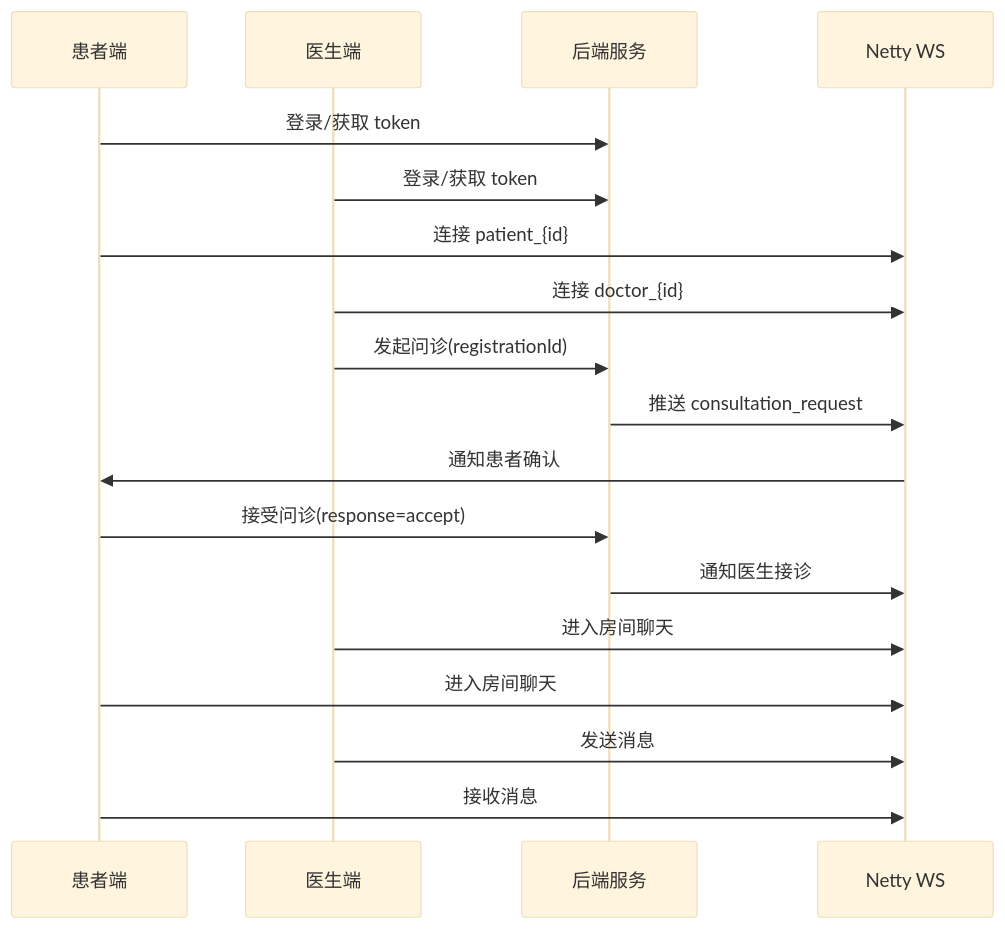
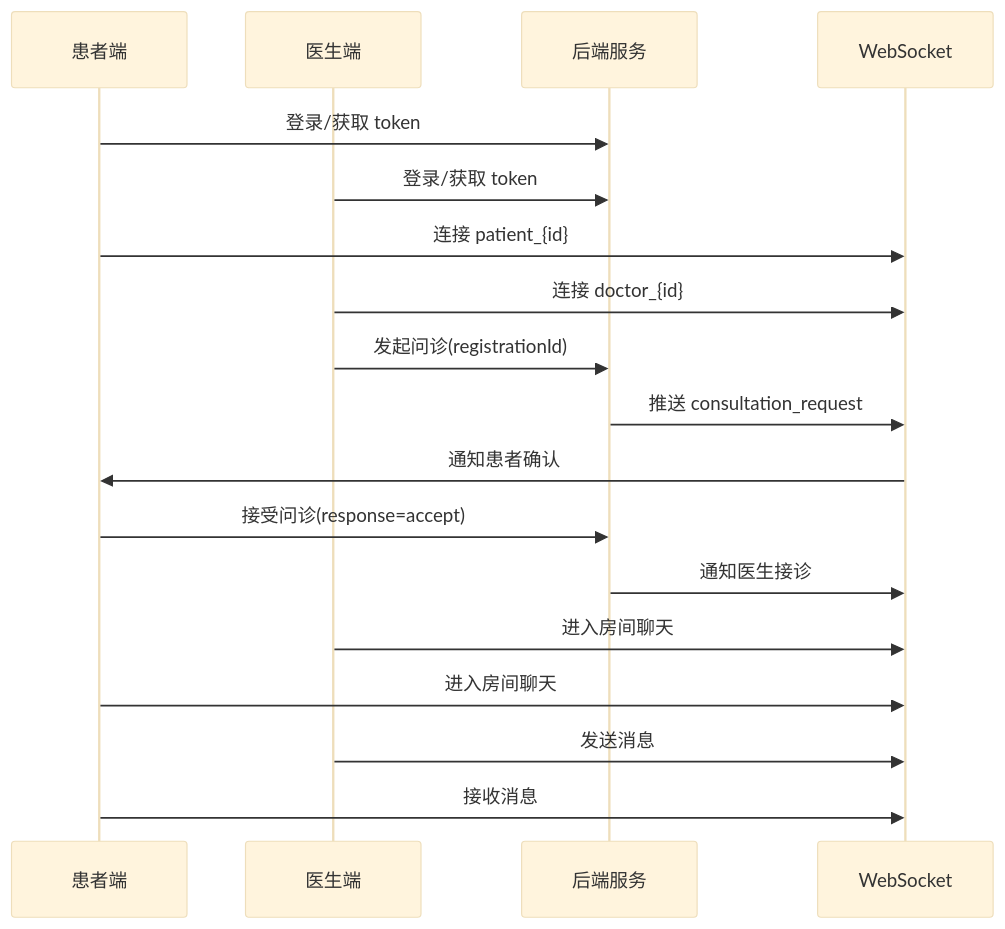
The fourth of 4 diagrams in phase-1.md (renyanhui6/online-diagnosis-and-treatment-system), drawn with Mermaid (base theme) before and after one commit. The commit also changed other lines of this file and 96 other files, not shown here.

````diff
--- a/phase-1.md
+++ b/phase-1.md
@@ -124,21 +124,21 @@
 ```mermaid
 sequenceDiagram
   participant U as 患者端
   participant D as 医生端
   participant B as 后端服务
-  participant W as Netty WS
+  participant W as WebSocket
 
   U->>B: 登录/获取 token
   D->>B: 登录/获取 token
   U->>W: 连接 patient_{id}
   D->>W: 连接 doctor_{id}
   D->>B: 发起问诊(registrationId)
   B->>W: 推送 consultation_request
   W->>U: 通知患者确认
   U->>B: 接受问诊(response=accept)
   B->>W: 通知医生接诊
   D->>W: 进入房间聊天
   U->>W: 进入房间聊天
   D->>W: 发送消息
   U->>W: 接收消息
 ```
````
